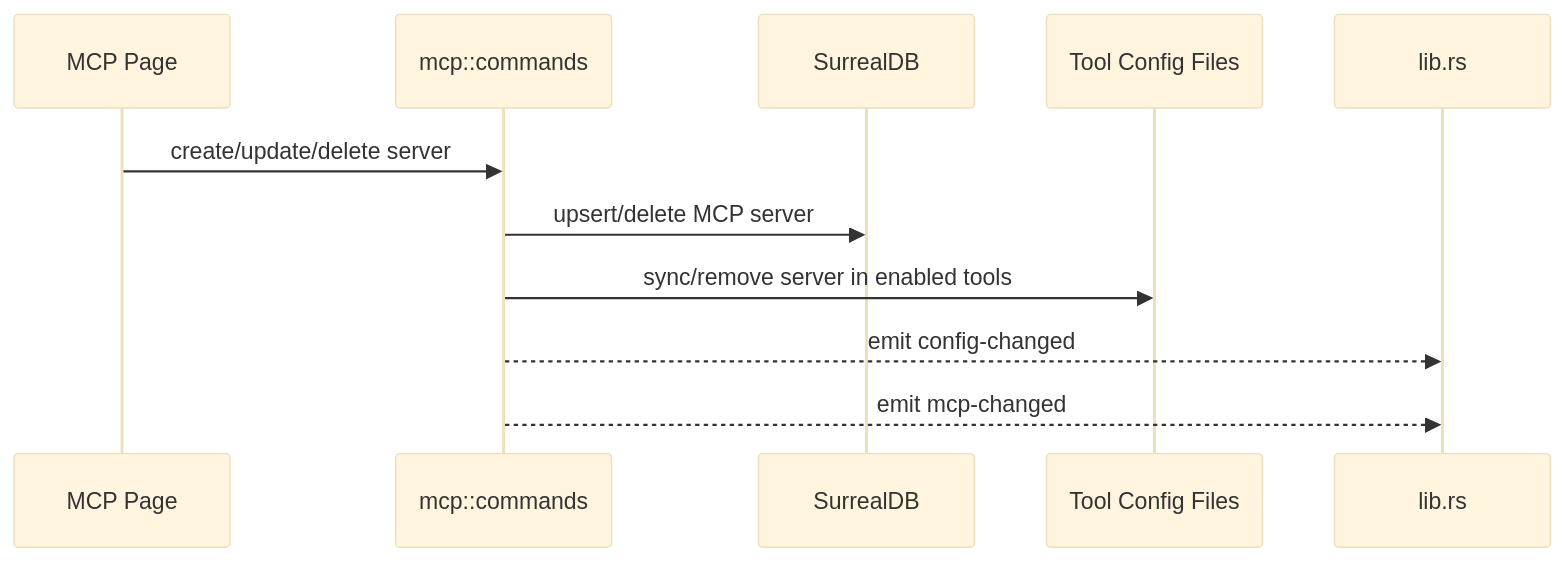
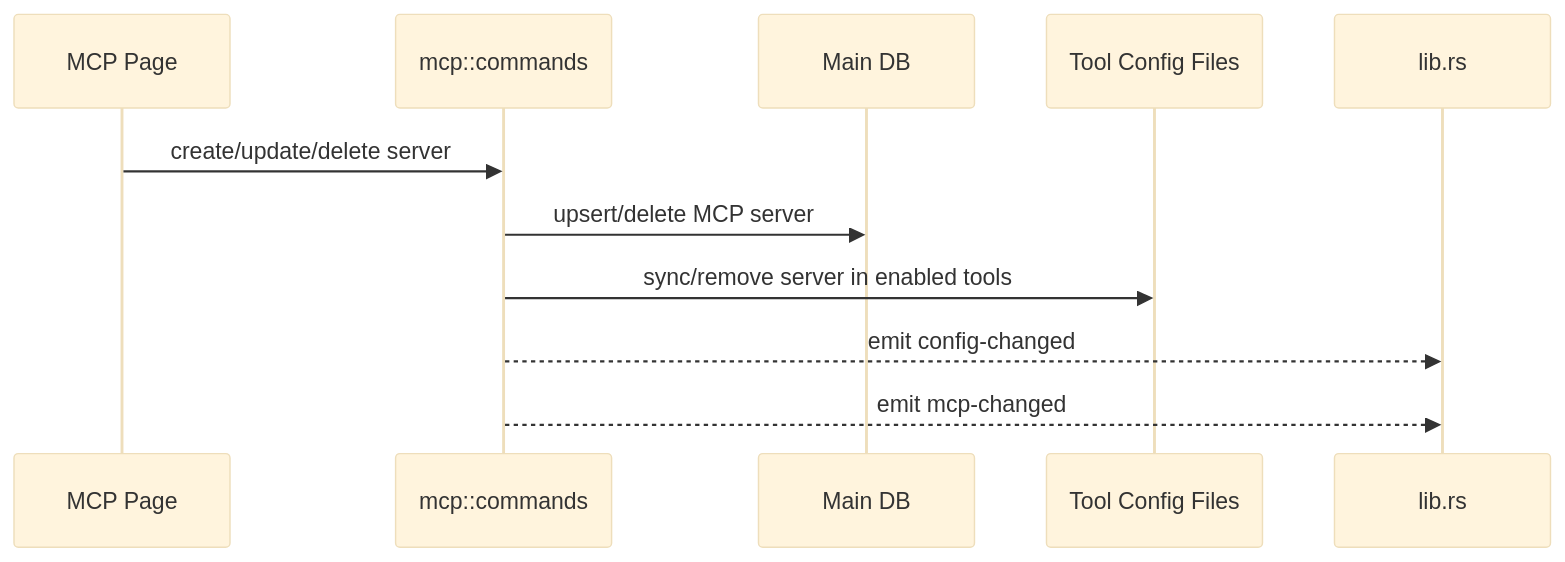
Before and after one commit to xue-ding-e/AI-Toolbox-Next: the diagram in tauri/src/coding/mcp/AGENTS.md, drawn with Mermaid (base theme). The commit also changed other lines of this file and 68 other files, not shown here.

````diff
--- a/tauri/src/coding/mcp/AGENTS.md
+++ b/tauri/src/coding/mcp/AGENTS.md
@@ -23,14 +23,14 @@
 ```mermaid
 sequenceDiagram
   participant UI as MCP Page
   participant Cmd as mcp::commands
-  participant DB as SurrealDB
+  participant DB as Main DB
   participant Tool as Tool Config Files
   participant App as lib.rs
 
   UI->>Cmd: create/update/delete server
   Cmd->>DB: upsert/delete MCP server
   Cmd->>Tool: sync/remove server in enabled tools
   Cmd-->>App: emit config-changed
   Cmd-->>App: emit mcp-changed
 ```
````
